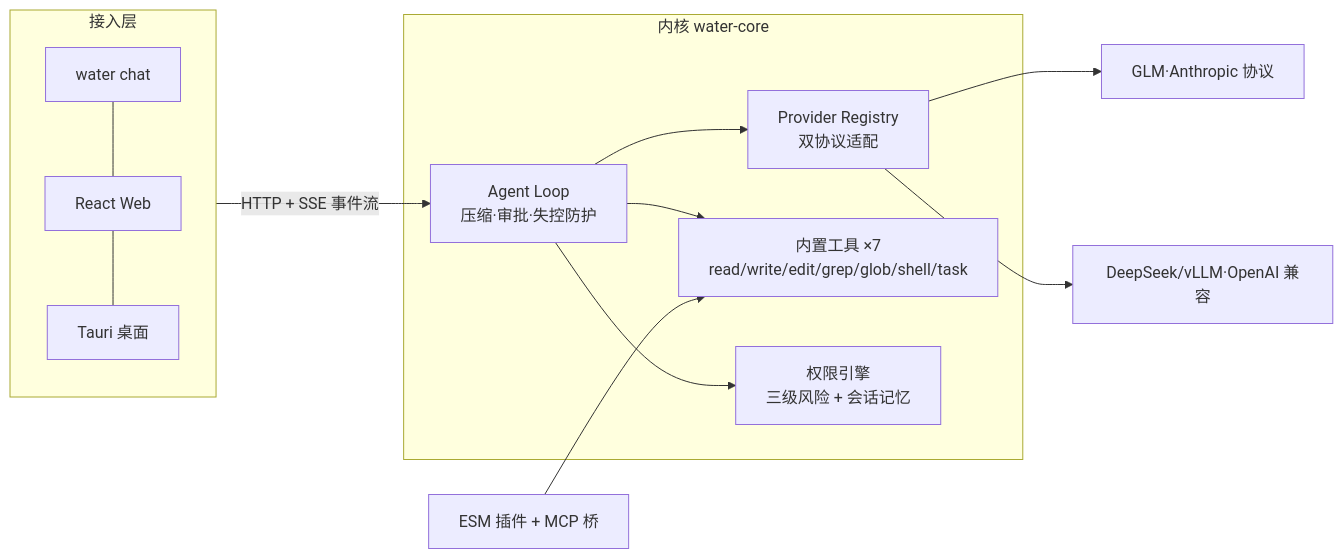
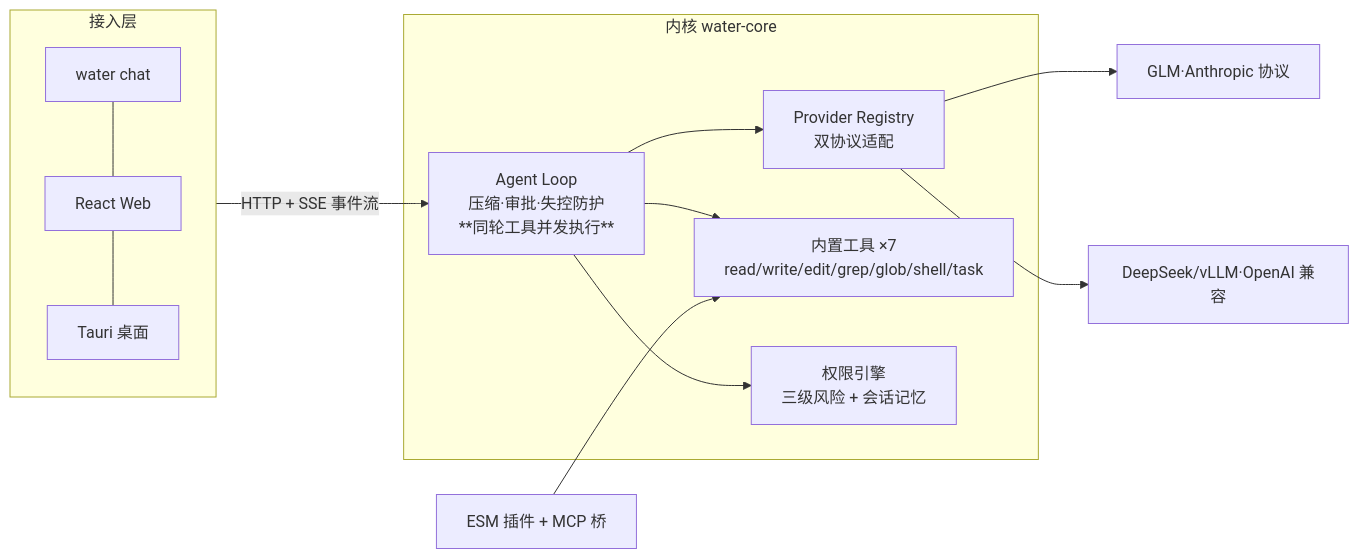
Before and after one commit to wsj502/water-ai-harness: the diagram in README.md, drawn with Mermaid. The commit also changed other lines of this file and 11 other files, not shown here.

````diff
--- a/README.md
+++ b/README.md
@@ -51,14 +51,14 @@
 ```mermaid
 flowchart LR
     subgraph 接入层
         CLI[water chat] --- WEB[React Web] --- DESK[Tauri 桌面]
     end
     subgraph 内核 water-core
-        LOOP[Agent Loop<br/>压缩·审批·失控防护] --> PROV[Provider Registry<br/>双协议适配]
+        LOOP[Agent Loop<br/>压缩·审批·失控防护<br/>**同轮工具并发执行**] --> PROV[Provider Registry<br/>双协议适配]
         LOOP --> TOOL[内置工具 ×7<br/>read/write/edit/grep/glob/shell/task]
         LOOP --> PERM[权限引擎<br/>三级风险 + 会话记忆]
     end
     接入层 -->|HTTP + SSE 事件流| LOOP
     PROV --> GLM[GLM·Anthropic 协议] & OAI[DeepSeek/vLLM·OpenAI 兼容]
     PLUG[ESM 插件 + MCP 桥] --> TOOL
 ```
````
